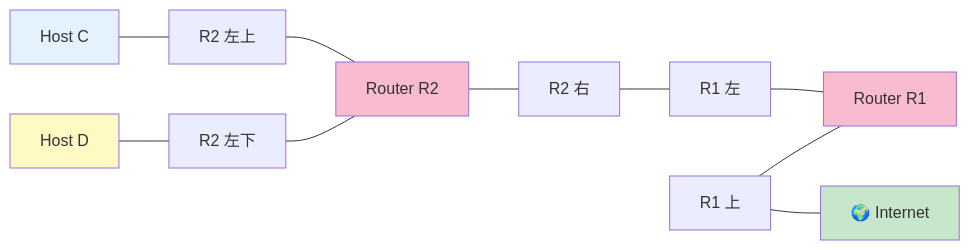
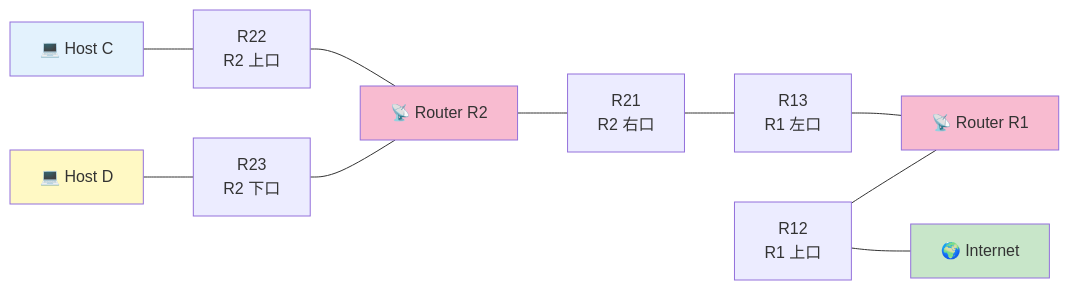
Before and after one commit to Tsunanko/netpractice-guide: the first of 12 diagrams in docs/02-levels/level8.md, drawn with Mermaid. The commit also changed other lines of this file and 14 other files, not shown here.

First line of the commit message:
Add visual progress diagrams and elementary explanations

````diff
--- a/docs/02-levels/level8.md
+++ b/docs/02-levels/level8.md
@@ -31,18 +30,18 @@
 ```mermaid
 flowchart LR
-    C[Host C] --- R22[R2 左上]
-    D[Host D] --- R23[R2 左下]
-    R22 --- R2[Router R2]
+    C[💻 Host C] --- R22[R22<br>R2 上口]
+    D[💻 Host D] --- R23[R23<br>R2 下口]
+    R22 --- R2[📡 Router R2]
     R23 --- R2
-    R2 --- R21[R2 右]
-    R21 --- R13[R1 左]
-    R13 --- R1[Router R1]
-    R12[R1 上] --- R1
+    R2 --- R21[R21<br>R2 右口]
+    R21 --- R13[R13<br>R1 左口]
+    R13 --- R1[📡 Router R1]
+    R12[R12<br>R1 上口] --- R1
     R12 --- I[🌍 Internet]
 
     style C fill:#E3F2FD
     style D fill:#FFF9C4
     style R1 fill:#F8BBD0
     style R2 fill:#F8BBD0
     style I fill:#C8E6C9
 ```
````
